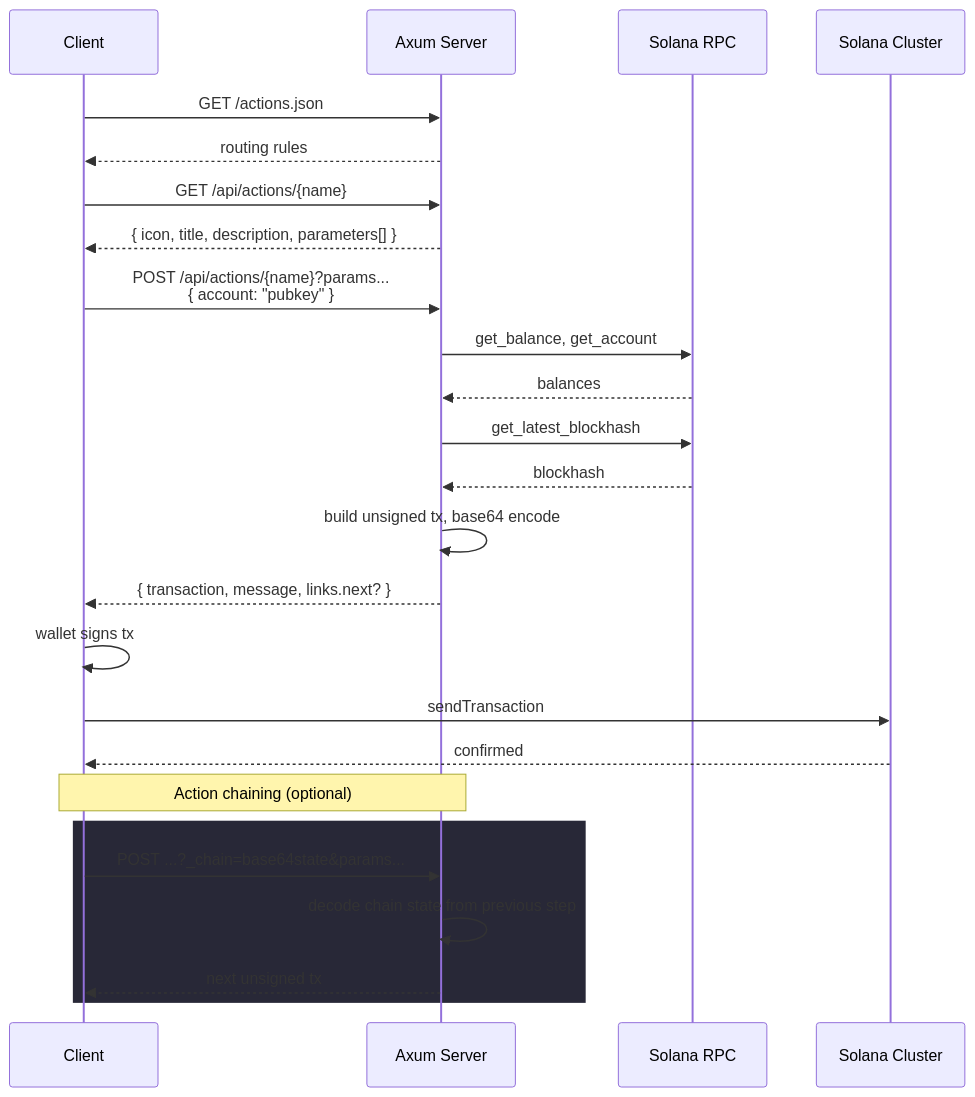
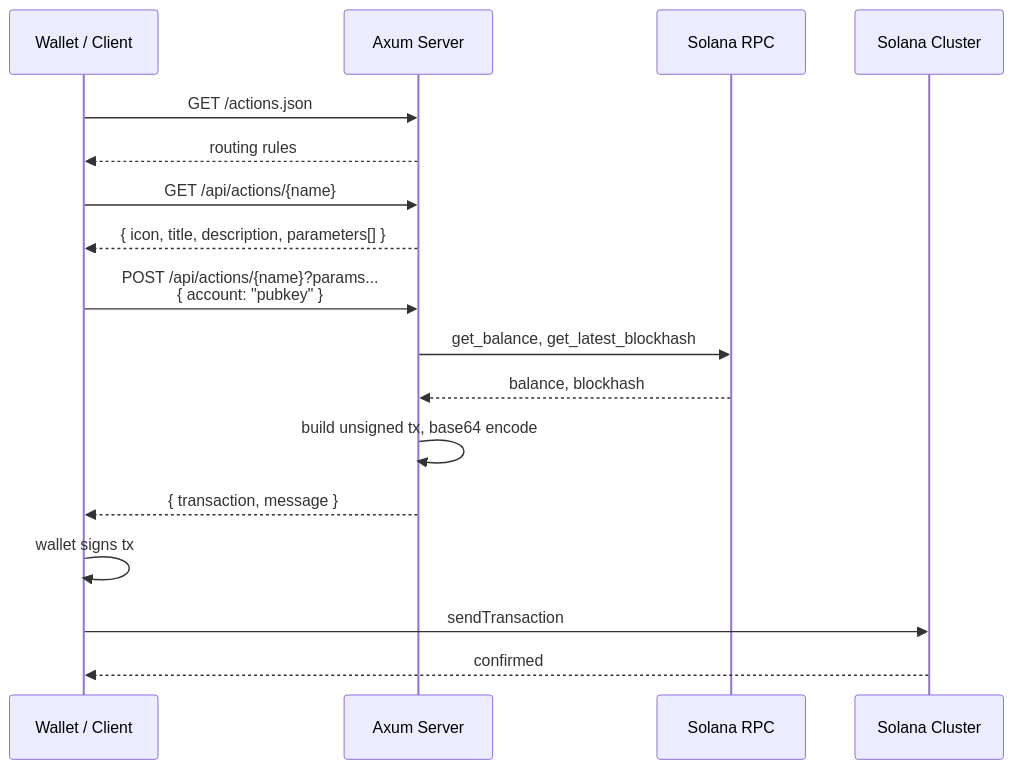
Before and after one commit to waqaswahid1/solana-blinks-axum: the diagram in README.md, drawn with Mermaid. The commit also changed other lines of this file, not shown here.

````diff
--- a/README.md
+++ b/README.md
@@ -9,32 +40,23 @@
 ```mermaid
 sequenceDiagram
-    participant Client as Client
+    participant Client as Wallet / Client
     participant Axum as Axum Server
     participant RPC as Solana RPC
     participant Solana as Solana Cluster
 
     Client->>Axum: GET /actions.json
     Axum-->>Client: routing rules
 
     Client->>Axum: GET /api/actions/{name}
     Axum-->>Client: { icon, title, description, parameters[] }
 
     Client->>Axum: POST /api/actions/{name}?params...<br/>{ account: "pubkey" }
-    Axum->>RPC: get_balance, get_account
-    RPC-->>Axum: balances
-    Axum->>RPC: get_latest_blockhash
-    RPC-->>Axum: blockhash
+    Axum->>RPC: get_balance, get_latest_blockhash
+    RPC-->>Axum: balance, blockhash
     Axum->>Axum: build unsigned tx, base64 encode
-    Axum-->>Client: { transaction, message, links.next? }
+    Axum-->>Client: { transaction, message }
 
     Client->>Client: wallet signs tx
     Client->>Solana: sendTransaction
     Solana-->>Client: confirmed
-
-    Note over Client,Axum: Action chaining (optional)
-    rect rgb(40, 40, 55)
-        Client->>Axum: POST ...?_chain=base64state&params...
-        Axum->>Axum: decode chain state from previous step
-        Axum-->>Client: next unsigned tx
-    end
 ```
````
